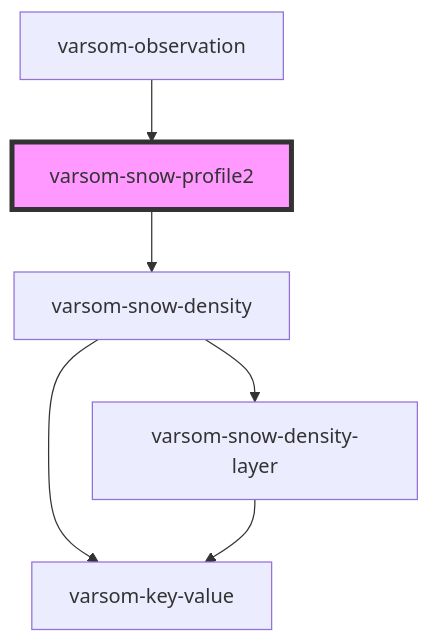
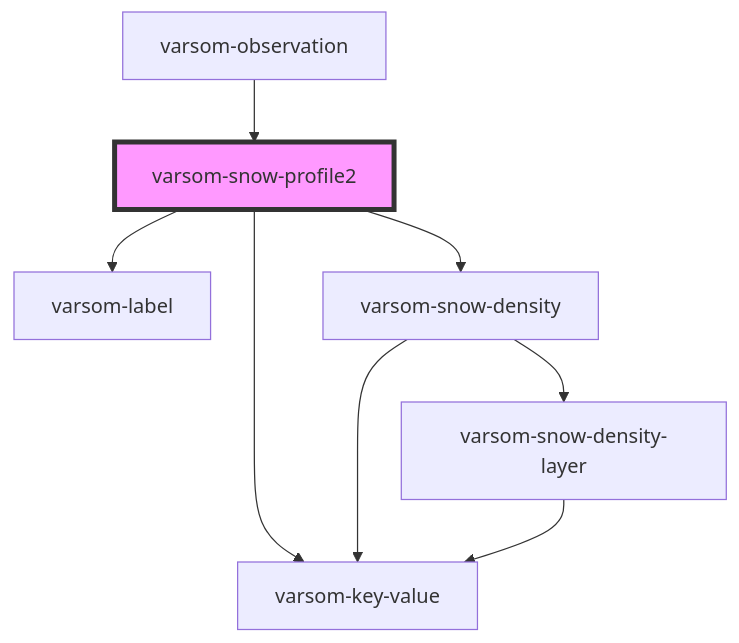
One commit to NVE/varsom-observation changed the diagram in observasjonskort/src/components/varsom-snow-profile2/readme.md. Above: the diagram before and after it, drawn with Mermaid. The commit also changed other lines of this file and 13 other files, not shown here.

````diff
--- a/observasjonskort/src/components/varsom-snow-profile2/readme.md
+++ b/observasjonskort/src/components/varsom-snow-profile2/readme.md
@@ -34,9 +36,11 @@
 ```mermaid
 graph TD;
+  varsom-snow-profile2 --> varsom-label
+  varsom-snow-profile2 --> varsom-key-value
   varsom-snow-profile2 --> varsom-snow-density
   varsom-snow-density --> varsom-key-value
   varsom-snow-density --> varsom-snow-density-layer
   varsom-snow-density-layer --> varsom-key-value
   varsom-observation --> varsom-snow-profile2
   style varsom-snow-profile2 fill:#f9f,stroke:#333,stroke-width:4px
 ```
````
